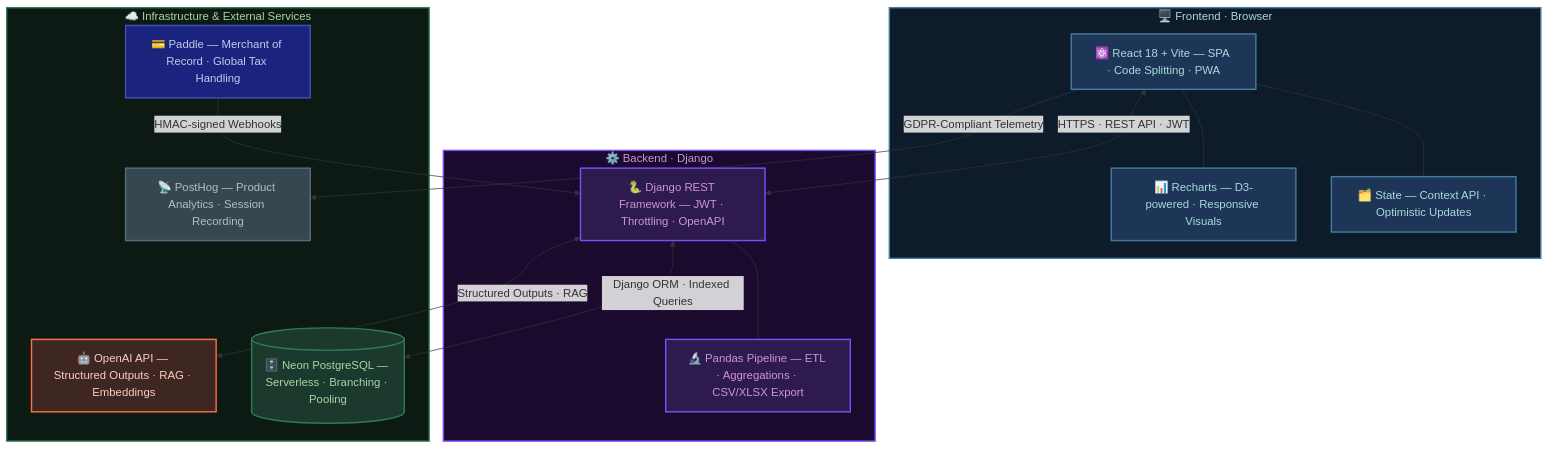
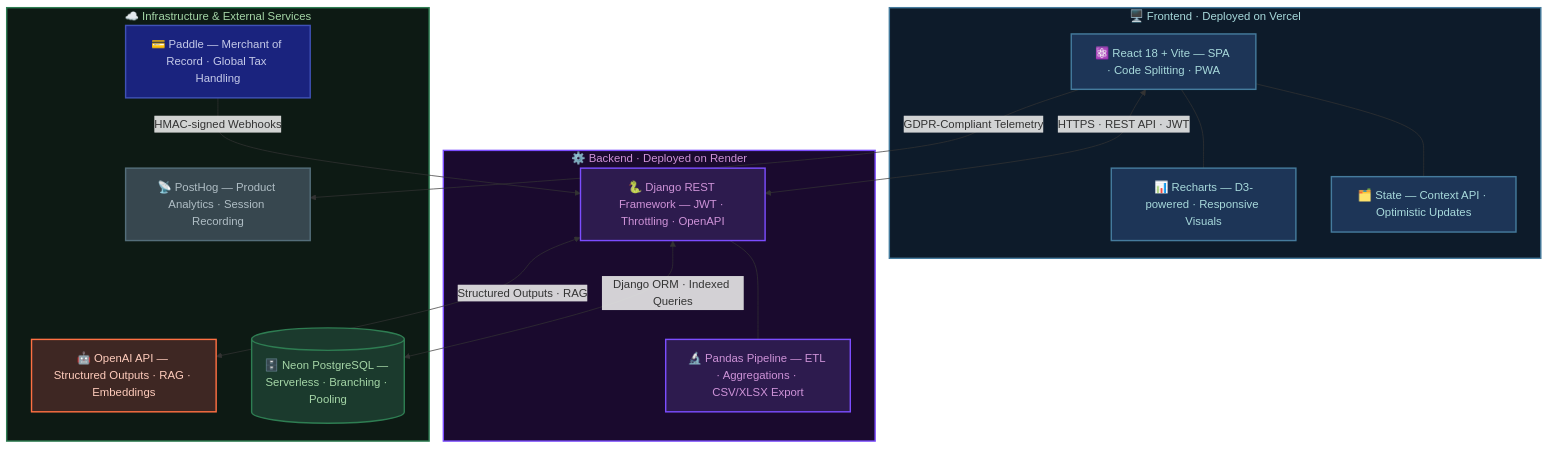
Before and after one commit to ravion223/brio-ai-showcase: the diagram in README.md, drawn with Mermaid. The commit also changed other lines of this file, not shown here.

Commit message:
Revise deployment information in README
Updated deployment details for frontend and backend in the README.

````diff
--- a/README.md
+++ b/README.md
@@ -22,50 +22,50 @@
 ```mermaid
 graph TD
 
-    subgraph FE["🖥️ Frontend · Browser"]
+    subgraph FE["🖥️ Frontend · Deployed on Vercel"]
         React["⚛️ React 18 + Vite — SPA · Code Splitting · PWA"]
         State["🗂️ State — Context API · Optimistic Updates"]
         Charts["📊 Recharts — D3-powered · Responsive Visuals"]
         React --- State
         React --- Charts
     end
 
-    subgraph BE["⚙️ Backend · Django"]
+    subgraph BE["⚙️ Backend · Deployed on Render"]
         Django["🐍 Django REST Framework — JWT · Throttling · OpenAPI"]
         Pandas["🔬 Pandas Pipeline — ETL · Aggregations · CSV/XLSX Export"]
         Django --- Pandas
     end
 
     subgraph INFRA["☁️ Infrastructure & External Services"]
         DB[("🗄️ Neon PostgreSQL — Serverless · Branching · Pooling")]
         OpenAI["🤖 OpenAI API — Structured Outputs · RAG · Embeddings"]
         Paddle["💳 Paddle — Merchant of Record · Global Tax Handling"]
         PostHog["📡 PostHog — Product Analytics · Session Recording"]
     end
 
     React <-->|HTTPS · REST API · JWT| Django
     React -->|GDPR-Compliant Telemetry| PostHog
     Django <-->|Django ORM · Indexed Queries| DB
     Django <-->|Structured Outputs · RAG| OpenAI
     Paddle -->|HMAC-signed Webhooks| Django
 
     %% ── Node Styles ─────────────────────────────────────────────
     classDef frontendNode  fill:#1d3557,stroke:#457b9d,stroke-width:2px,color:#a8dadc
     classDef backendNode   fill:#2d1b4e,stroke:#7c4dff,stroke-width:2px,color:#ce93d8
     classDef dbNode        fill:#1b3a2d,stroke:#2e7d52,stroke-width:2px,color:#a5d6a7
     classDef aiNode        fill:#3e2723,stroke:#ff7043,stroke-width:2px,color:#ffccbc
     classDef paymentsNode  fill:#1a237e,stroke:#3f51b5,stroke-width:2px,color:#c5cae9
     classDef analyticsNode fill:#37474f,stroke:#546e7a,stroke-width:2px,color:#b0bec5
 
     class React,State,Charts frontendNode
     class Django,Pandas backendNode
     class DB dbNode
     class OpenAI aiNode
     class Paddle paymentsNode
     class PostHog analyticsNode
 
     %% ── Subgraph Styles ─────────────────────────────────────────
     style FE    fill:#0d1b2a,stroke:#457b9d,stroke-width:2px,color:#a8dadc
     style BE    fill:#1a0a2e,stroke:#7c4dff,stroke-width:2px,color:#ce93d8
     style INFRA fill:#0d1a14,stroke:#2e7d52,stroke-width:2px,color:#a5d6a7
 ```
````
